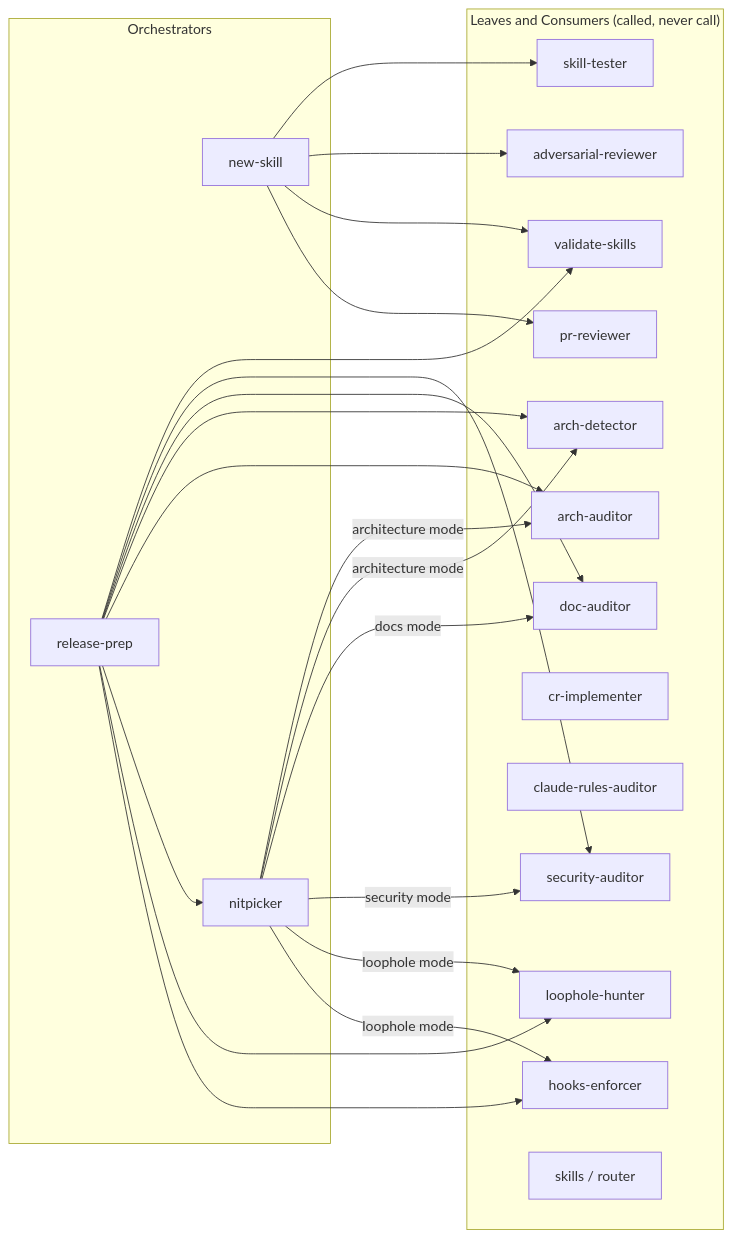
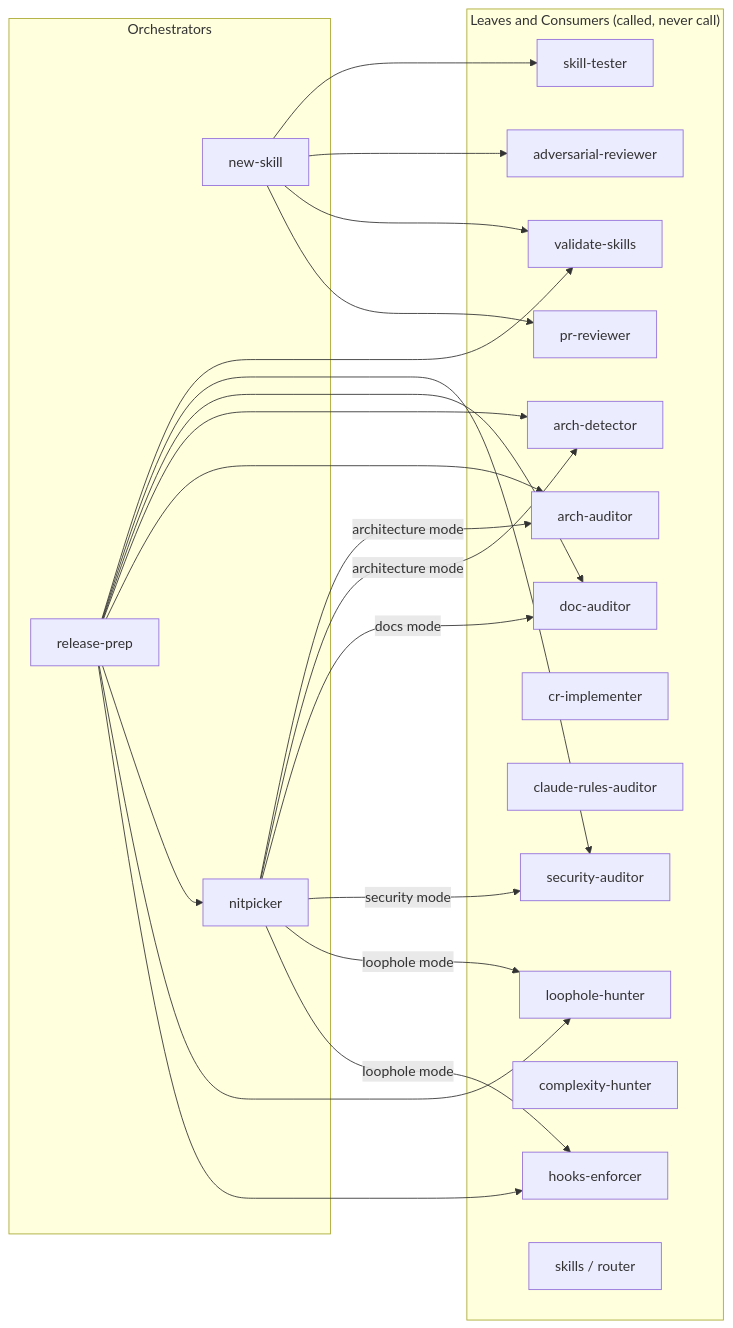
Before and after one commit to ivuorinen/skills: the sixth of 6 diagrams in .claude/skills/README.md, drawn with Mermaid. The commit also changed other lines of this file and 7 other files, not shown here.

First line of the commit message:
feat: add complexity-hunter skill (#30)

````diff
--- a/.claude/skills/README.md
+++ b/.claude/skills/README.md
@@ -281,45 +285,46 @@
 ```mermaid
 graph LR
     subgraph orchestrators["Orchestrators"]
         NS[new-skill]
         RP[release-prep]
         NP[nitpicker]
     end
 
     subgraph leaves["Leaves and Consumers (called, never call)"]
         AR[adversarial-reviewer]
         VS[validate-skills]
         AD[arch-detector]
         AA[arch-auditor]
         DA[doc-auditor]
         PR[pr-reviewer]
         SA[security-auditor]
         CRI[cr-implementer]
         CRA[claude-rules-auditor]
         LH[loophole-hunter]
         HE[hooks-enforcer]
+        CH[complexity-hunter]
         ST[skill-tester]
         SK[skills / router]
     end
 
     NS --> ST
     NS --> AR
     NS --> VS
     NS --> PR
 
     RP --> VS
     RP --> SA
     RP --> DA
     RP --> AD
     RP --> AA
     RP --> NP
     RP --> LH
     RP --> HE
 
     NP -->|architecture mode| AA
     NP -->|architecture mode| AD
     NP -->|docs mode| DA
     NP -->|security mode| SA
     NP -->|loophole mode| LH
     NP -->|loophole mode| HE
 ```
````
